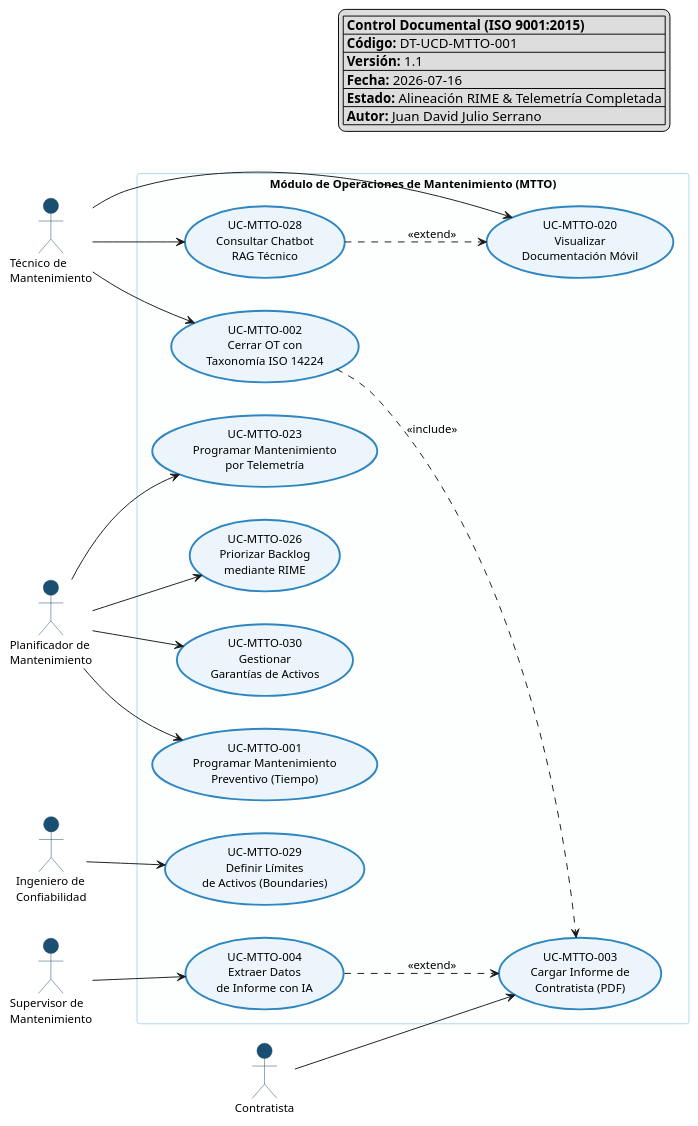
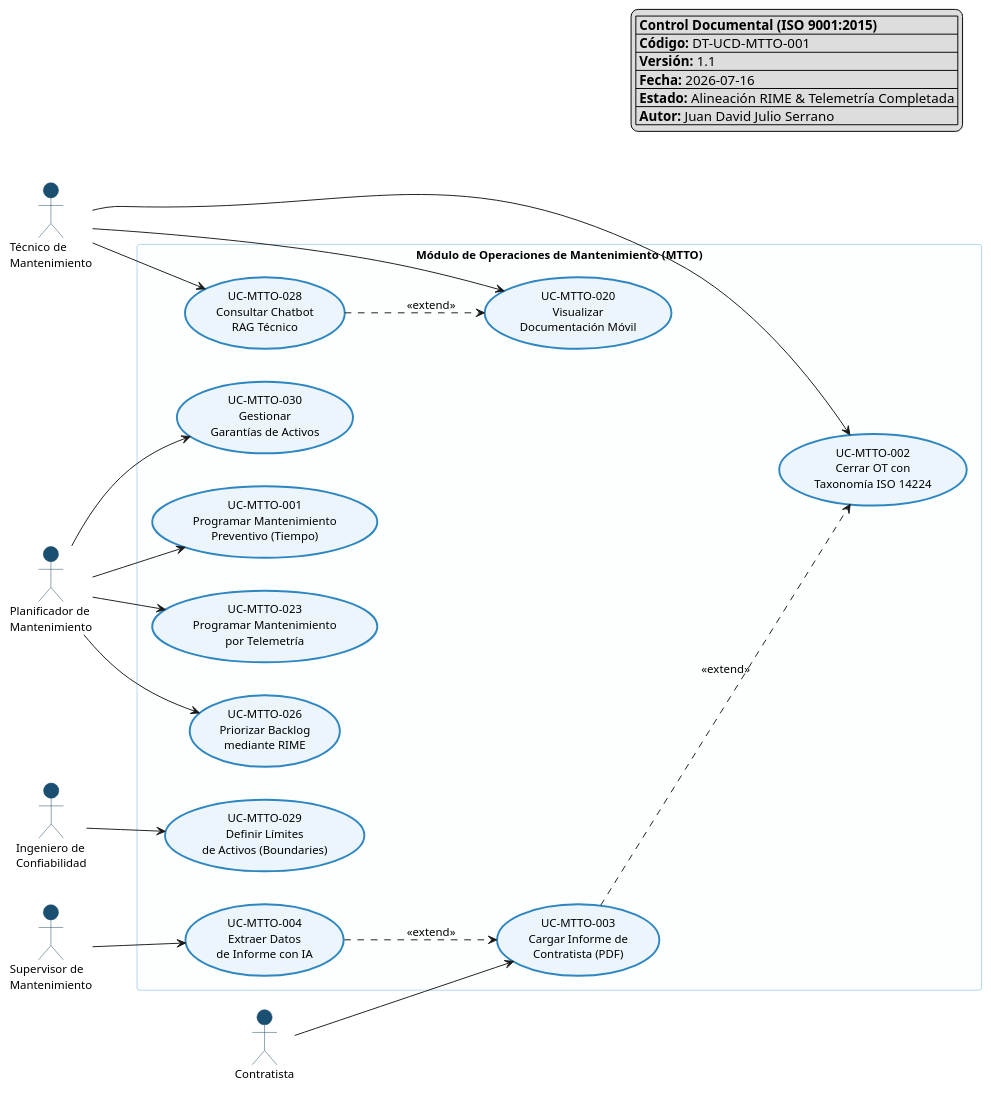
Before and after one commit to Novav20/adso-dteam-docs: the diagram in domain-models/use-cases/mtto/mtto-use-cases.puml, drawn with PlantUML. The commit also changed 5 other files, not shown here.

Commit message:
docs(use-cases): fix inconsistencies in mtto, inv and vis use case diagrams

```diff
--- a/domain-models/use-cases/mtto/mtto-use-cases.puml
+++ b/domain-models/use-cases/mtto/mtto-use-cases.puml
@@ -1,86 +1,86 @@
 @startuml MTTO-UseCases
 skinparam packageStyle rectangle
 left to right direction
 
 ' --- CONFIGURACIÓN VISUAL ---
 skinparam usecase {
   BackgroundColor #EBF5FB
   BorderColor #2E86C1
   BorderThickness 2
   FontName Segoe UI
   FontSize 12
 }
 skinparam actor {
   BackgroundColor #1B4F72
   BorderColor #154360
   FontName Segoe UI
   FontSize 11
 }
 skinparam package {
   BackgroundColor #FDFEFE
   BorderColor #AED6F1
   FontName Segoe UI
   FontSize 13
   FontStyle bold
 }
 skinparam defaultFontName "Segoe UI"
 skinparam defaultFontSize 12
 
 legend top right
 |= Control Documental (ISO 9001:2015) |
 | **Código:** DT-UCD-MTTO-001 |
 | **Versión:** 1.1 |
 | **Fecha:** 2026-07-16 |
 | **Estado:** Alineación RIME & Telemetría Completada |
 | **Autor:** Juan David Julio Serrano |
 endlegend
 
 ' --- ACTORES ---
 actor "Técnico de\nMantenimiento" as Tecnico #1B4F72
 actor "Planificador de\nMantenimiento" as Planificador #1B4F72
 actor "Ingeniero de\nConfiabilidad" as Ingeniero #1B4F72
 actor "Supervisor de\nMantenimiento" as Supervisor #1B4F72
 actor "Contratista" as Contratista #1B4F72
 
 ' --- PAQUETE PRINCIPAL ---
 package "Módulo de Operaciones de Mantenimiento (MTTO)" {
 
   ' Casos de Uso - Planificación y Priorización
   usecase "UC-MTTO-001\nProgramar Mantenimiento\nPreventivo (Tiempo)" as UCMTTO001 #EBF5FB
   usecase "UC-MTTO-023\nProgramar Mantenimiento\npor Telemetría" as UCMTTO023 #EBF5FB
   usecase "UC-MTTO-026\nPriorizar Backlog\nmediante RIME" as UCMTTO026 #EBF5FB
 
   ' Casos de Uso - Ejecución en Campo
   usecase "UC-MTTO-002\nCerrar OT con\nTaxonomía ISO 14224" as UCMTTO002 #EBF5FB
   usecase "UC-MTTO-003\nCargar Informe de\nContratista (PDF)" as UCMTTO003 #EBF5FB
   usecase "UC-MTTO-004\nExtraer Datos\nde Informe con IA" as UCMTTO004 #EBF5FB
 
   ' Casos de Uso - Consulta y Soporte
   usecase "UC-MTTO-020\nVisualizar\nDocumentación Móvil" as UCMTTO020 #EBF5FB
   usecase "UC-MTTO-028\nConsultar Chatbot\nRAG Técnico" as UCMTTO028 #EBF5FB
 
   ' Casos de Uso - Ingeniería y Confiabilidad
   usecase "UC-MTTO-029\nDefinir Límites\nde Activos (Boundaries)" as UCMTTO029 #EBF5FB
   usecase "UC-MTTO-030\nGestionar\nGarantías de Activos" as UCMTTO030 #EBF5FB
 }
 
 ' --- RELACIONES ACTOR - CASO DE USO ---
 Planificador --> UCMTTO001
 Planificador --> UCMTTO023
 Planificador --> UCMTTO026
 Planificador --> UCMTTO030
 
 Tecnico --> UCMTTO002
 Tecnico --> UCMTTO020
 Tecnico --> UCMTTO028
 
 Contratista --> UCMTTO003
 Supervisor --> UCMTTO004
 Ingeniero --> UCMTTO029
 
 ' --- RELACIONES INTER-CASOS DE USO (Include/Extend) ---
-UCMTTO002 ..> UCMTTO003 : <<include>>
+UCMTTO003 ..> UCMTTO002 : <<extend>>
 UCMTTO004 ..> UCMTTO003 : <<extend>>
 UCMTTO028 ..> UCMTTO020 : <<extend>>
 
 @enduml
```
